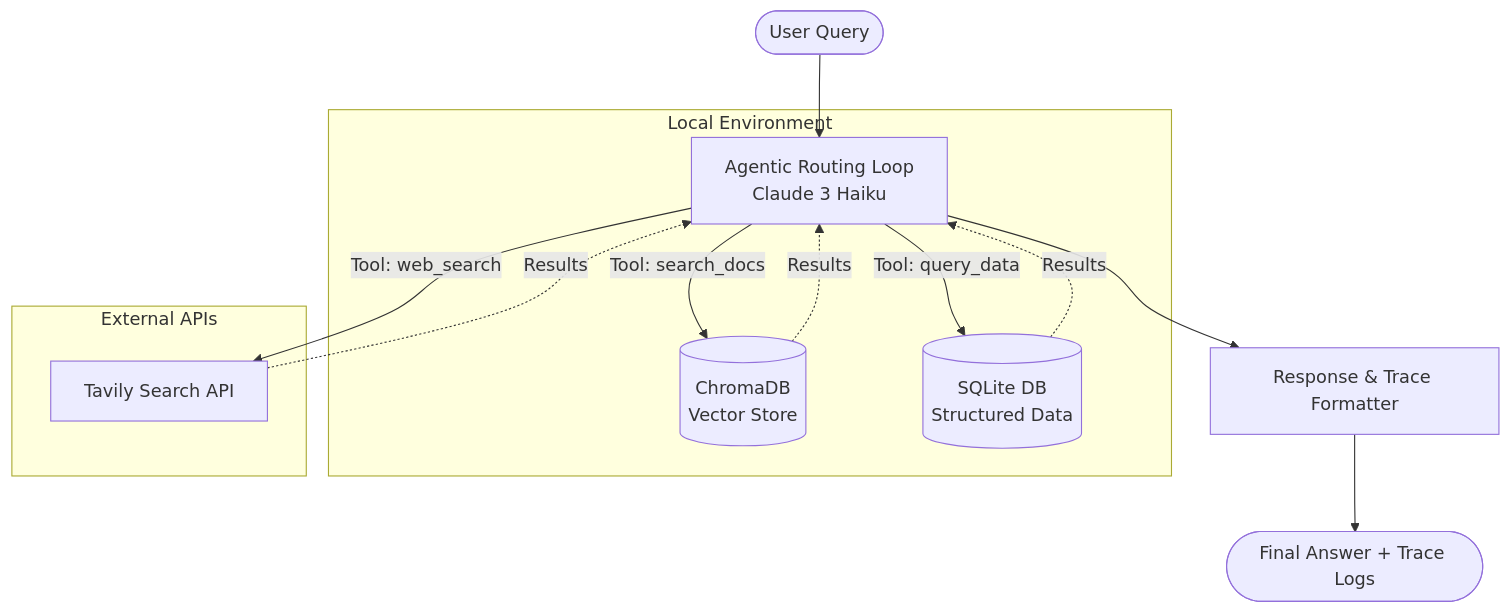
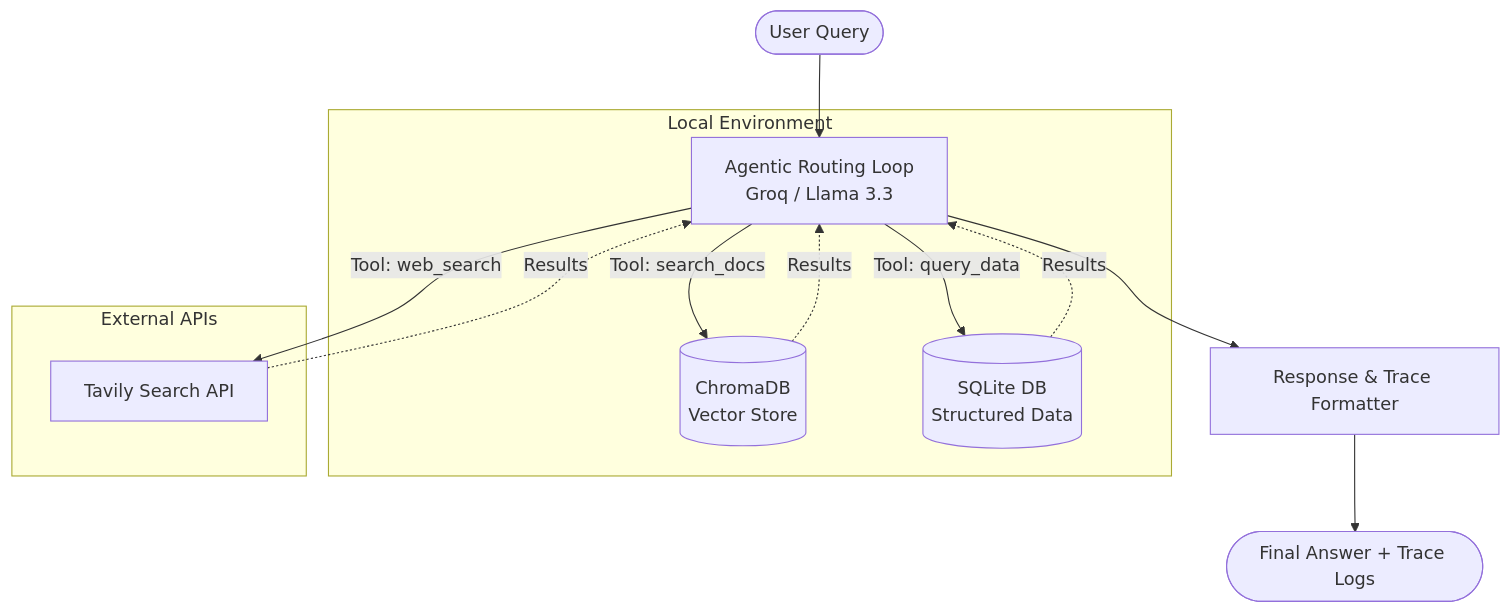
One commit to krishna221638/agentic-rag-system changed the diagram in README.md. Above: the diagram before and after it, drawn with Mermaid. The commit also changed other lines of this file, not shown here.

Commit message:
docs: update architecture and environment setup

````diff
--- a/README.md
+++ b/README.md
@@ -11,20 +11,20 @@
 ```mermaid
 graph TD
-    User([User Query]) --> Agent[Agentic Routing Loop<br>Claude 3 Haiku]
+    User([User Query]) --> Agent[Agentic Routing Loop<br>Groq / Llama 3.3]
 
     subgraph Local Environment
         Agent -- Tool: search_docs --> ChromaDB[(ChromaDB<br>Vector Store)]
         Agent -- Tool: query_data --> SQLite[(SQLite DB<br>Structured Data)]
     end
 
     subgraph External APIs
         Agent -- Tool: web_search --> Tavily[Tavily Search API]
     end
 
     ChromaDB -. Results .-> Agent
     SQLite -. Results .-> Agent
     Tavily -. Results .-> Agent
 
     Agent --> Formatter[Response & Trace Formatter]
     Formatter --> Output([Final Answer + Trace Logs])
 ```
````
